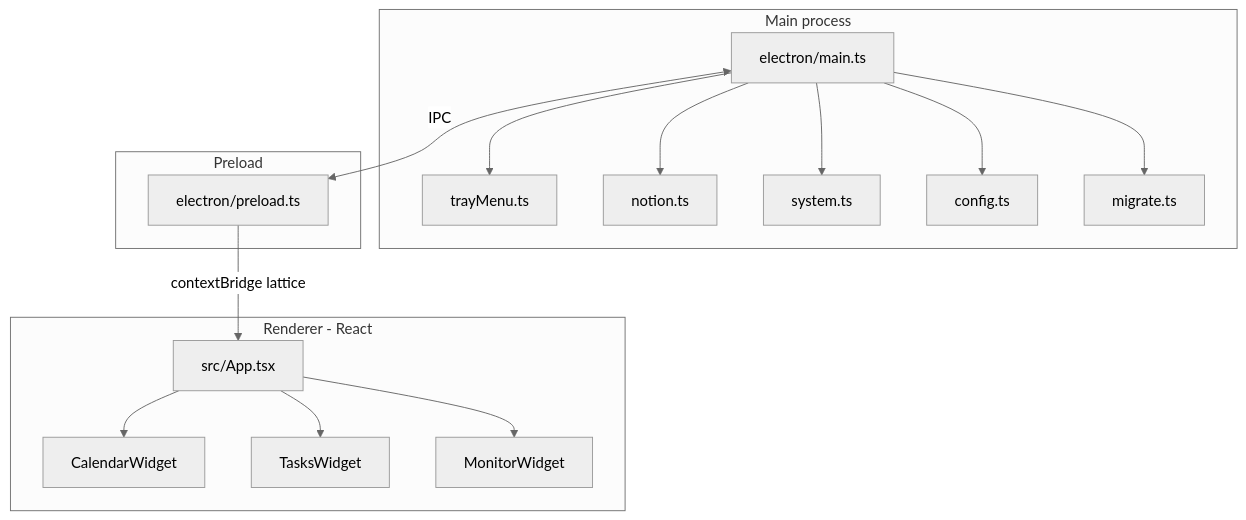
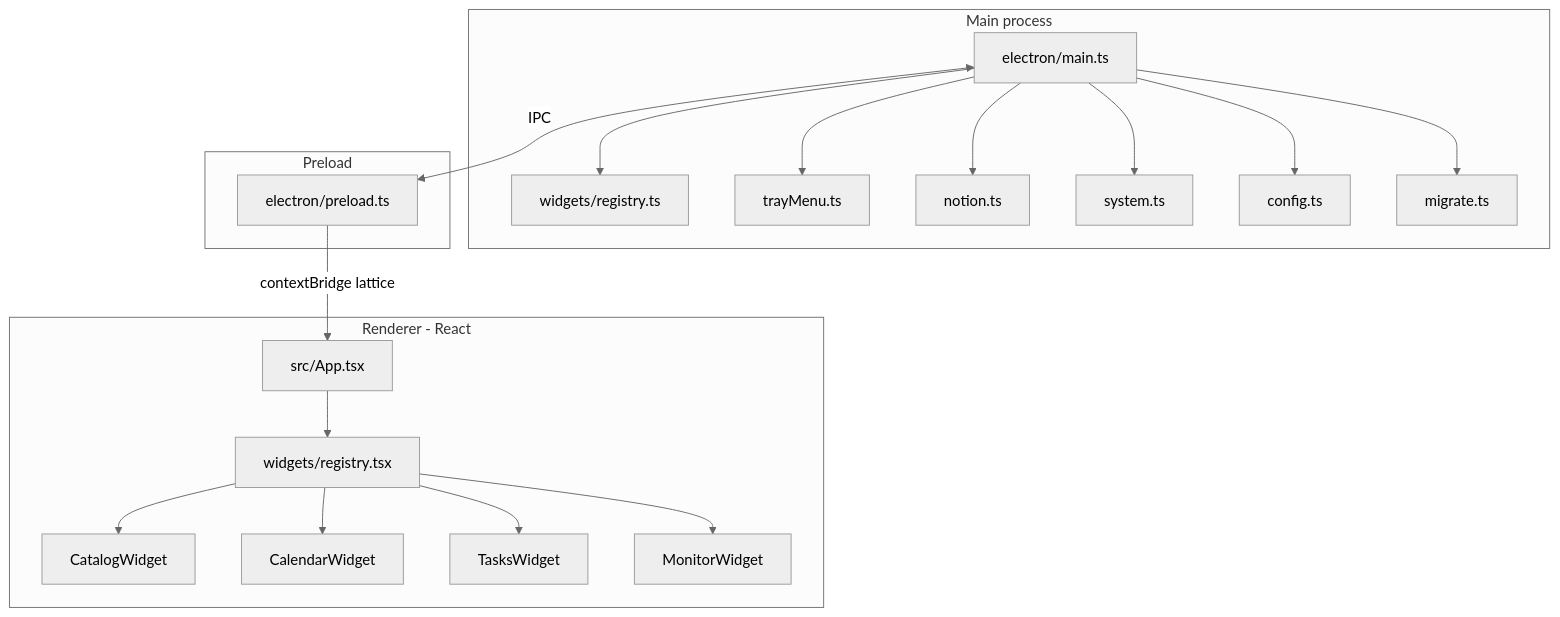
One commit to Vakz0/Windows-Widgets changed the first of 3 diagrams in docs/en/architecture.md. Above: the diagram before and after it, drawn with Mermaid (neutral theme). The commit also changed other lines of this file and 48 other files, not shown here.

First line of the commit message:
Ship widget catalog platform and in-app Notion connection.

````diff
--- a/docs/en/architecture.md
+++ b/docs/en/architecture.md
@@ -9,30 +9,36 @@
 ```mermaid
 flowchart TB
   subgraph main [Main process]
     MainTs[electron/main.ts]
+    Registry[widgets/registry.ts]
     Tray[trayMenu.ts]
     Notion[notion.ts]
     System[system.ts]
     Config[config.ts]
     Migrate[migrate.ts]
   end
   subgraph preload [Preload]
     PreloadTs[electron/preload.ts]
   end
   subgraph renderer [Renderer - React]
     App[src/App.tsx]
+    WReg[widgets/registry.tsx]
+    Catalog[CatalogWidget]
     Cal[CalendarWidget]
     Tasks[TasksWidget]
     Mon[MonitorWidget]
   end
+  MainTs --> Registry
   MainTs --> Tray
   MainTs --> Notion
   MainTs --> System
   MainTs --> Config
   MainTs --> Migrate
   PreloadTs -->|"contextBridge lattice"| App
-  App --> Cal
-  App --> Tasks
-  App --> Mon
+  App --> WReg
+  WReg --> Catalog
+  WReg --> Cal
+  WReg --> Tasks
+  WReg --> Mon
   MainTs <-->|"IPC"| PreloadTs
 ```
````
